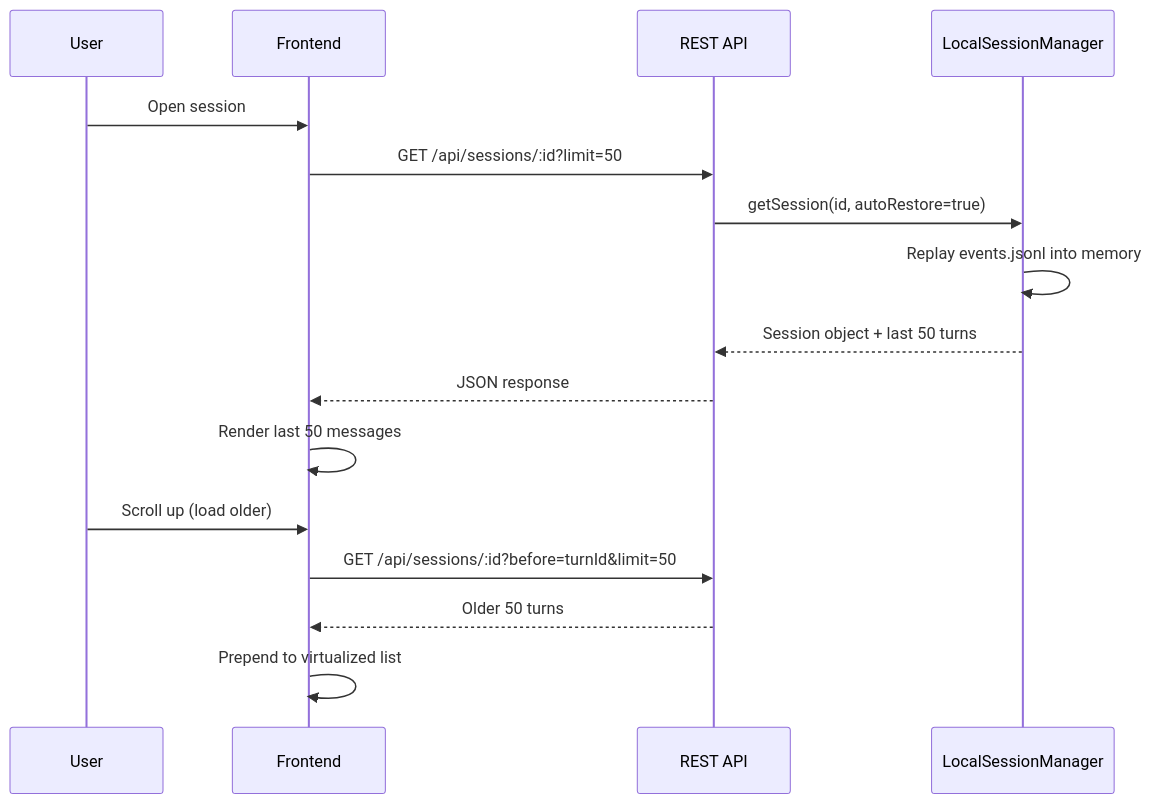
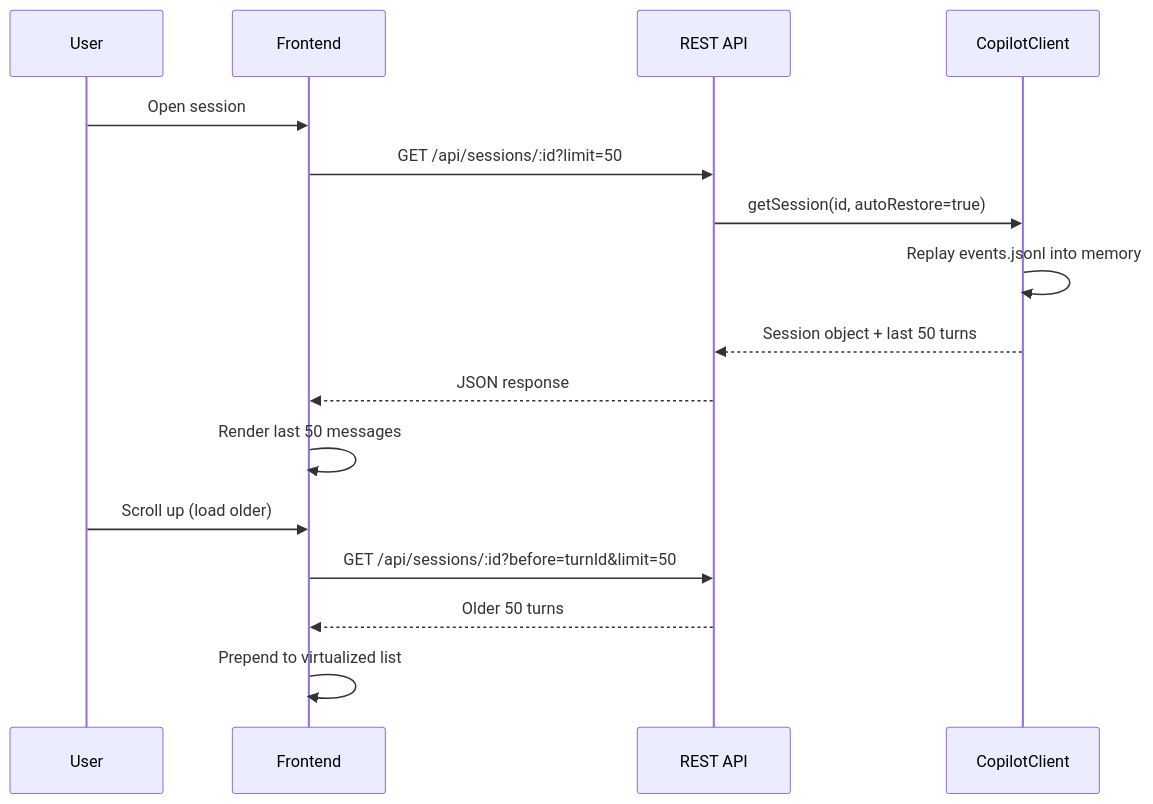
Before and after one commit to ming86/vscode: the fourth of 7 diagrams in .local/docs/copilot-cli-session/08-constraints-and-requirements.md, drawn with Mermaid. The commit also changed other lines of this file and 6 other files, not shown here.

````diff
--- a/.local/docs/copilot-cli-session/08-constraints-and-requirements.md
+++ b/.local/docs/copilot-cli-session/08-constraints-and-requirements.md
@@ -242,20 +245,20 @@
 ```mermaid
 sequenceDiagram
     participant User
     participant FE as Frontend
     participant API as REST API
-    participant SDK as LocalSessionManager
+    participant SDK as CopilotClient
 
     User->>FE: Open session
     FE->>API: GET /api/sessions/:id?limit=50
     API->>SDK: getSession(id, autoRestore=true)
     SDK->>SDK: Replay events.jsonl into memory
     SDK-->>API: Session object + last 50 turns
     API-->>FE: JSON response
     FE->>FE: Render last 50 messages
 
     User->>FE: Scroll up (load older)
     FE->>API: GET /api/sessions/:id?before=turnId&limit=50
     API-->>FE: Older 50 turns
     FE->>FE: Prepend to virtualized list
 ```
````
